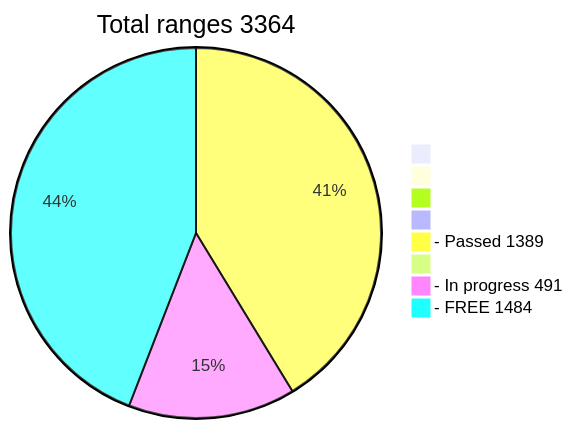
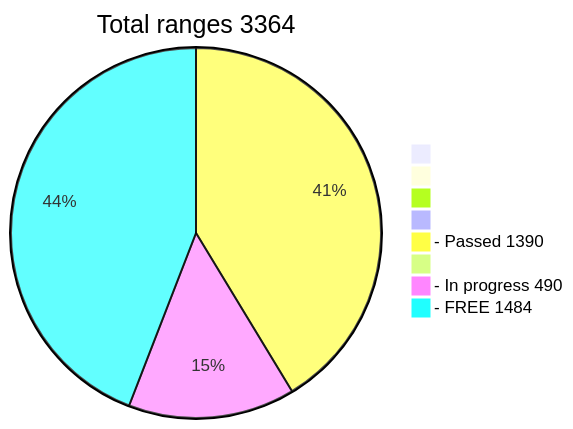
The diagram in README.md (phrutis/wif500), drawn with Mermaid before and after one commit.

````diff
--- a/README.md
+++ b/README.md
@@ -16,12 +16,12 @@
 ```mermaid
 pie title Total ranges 3364
              " " : 0
             "  " : 0
            "   " : 0
           "    " : 0
-  "- Passed 1389" : 1389
+  "- Passed 1390" : 1390
          "     " : 0
-  "- In progress 491" : 491
+  "- In progress 490" : 490
    "- FREE 1484" : 1484
    
 ```
````
